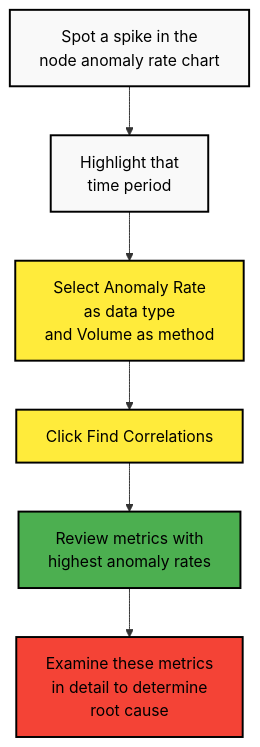
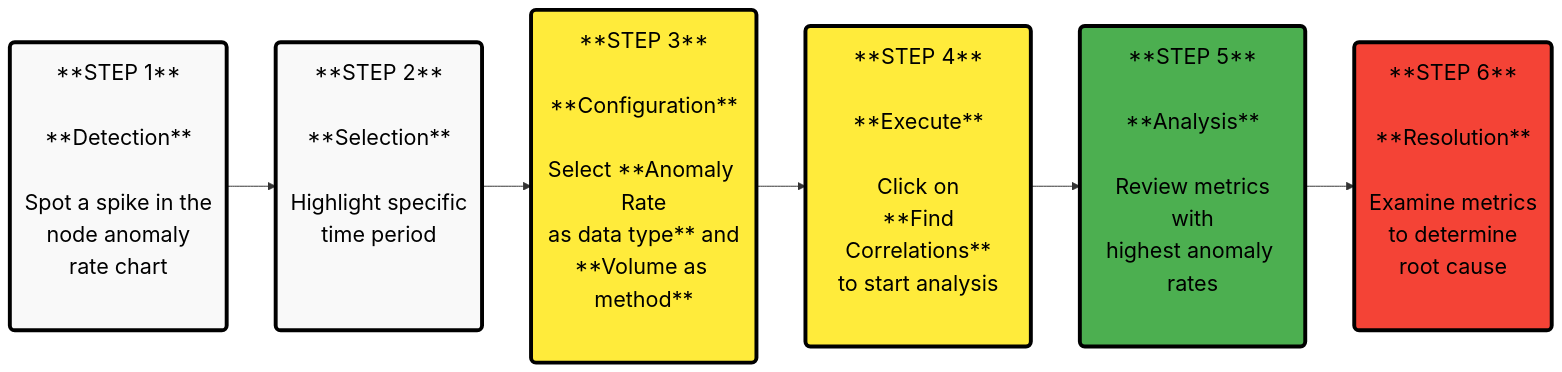
Before and after one commit to netdata/netdata: the diagram in docs/metric-correlations.md, drawn with Mermaid. The commit also changed 3 other files, not shown here.

````diff
--- a/docs/metric-correlations.md
+++ b/docs/metric-correlations.md
@@ -48,20 +48,23 @@
 ```mermaid
-flowchart TD
-    %% Node styling
-    classDef neutral fill:#f9f9f9,stroke:#000000,color:#000000,stroke-width:2px
-    classDef success fill:#4caf50,stroke:#000000,color:#000000,stroke-width:2px
-    classDef warning fill:#ffeb3b,stroke:#000000,color:#000000,stroke-width:2px
-    classDef danger fill:#f44336,stroke:#000000,color:#000000,stroke-width:2px
+flowchart LR
+    A("**STEP 1**<br/><br/>**Detection**<br/><br/>Spot a spike in the<br/>node anomaly <br/>rate chart<br/><br/>")
+    B("**STEP 2**<br/><br/>**Selection**<br/><br/>Highlight specific<br/>time period<br/><br/><br/>")
+    C("**STEP 3**<br/><br/>**Configuration**<br/><br/>Select **Anomaly Rate<br/>as data type** and<br/>**Volume as method**<br/><br/>")
+    D("**STEP 4**<br/><br/>**Execute**<br/><br/>Click on<br/> **Find Correlations**<br/>to start analysis<br/><br/>")
+    E("**STEP 5**<br/><br/>**Analysis**<br/><br/>Review metrics<br/>with<br/>highest anomaly rates<br/><br/>")
+    F("**STEP 6**<br/><br/>**Resolution**<br/><br/>Examine metrics<br/> to determine<br/>root cause<br/><br/>")
     
-    A[Spot a spike in the<br/>node anomaly rate chart] --> B[Highlight that<br/>time period]
-    B --> C[Select Anomaly Rate<br/>as data type<br/>and Volume as method]
-    C --> D[Click Find Correlations]
-    D --> E[Review metrics with<br/>highest anomaly rates]
-    E --> F[Examine these metrics<br/>in detail to determine<br/>root cause]
+    A --> B --> C --> D --> E --> F
+    
+    %% Style definitions
+    classDef neutral fill:#f9f9f9,stroke:#000000,stroke-width:4px,color:#000000,font-size:22px
+    classDef process fill:#ffeb3b,stroke:#000000,stroke-width:4px,color:#000000,font-size:22px
+    classDef complete fill:#4caf50,stroke:#000000,stroke-width:4px,color:#000000,font-size:22px
+    classDef anomaly fill:#f44336,stroke:#000000,stroke-width:4px,color:#000000,font-size:22px
     
     %% Apply styles
     class A,B neutral
-    class C,D warning
-    class E success
-    class F danger
+    class C,D process
+    class E complete
+    class F anomaly
 ```
````
